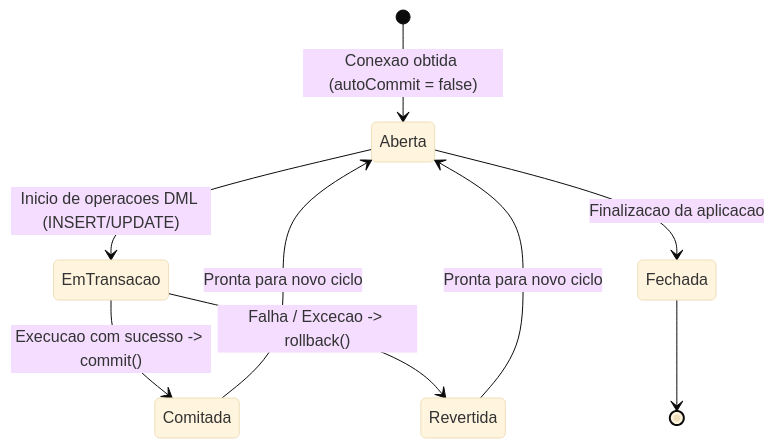
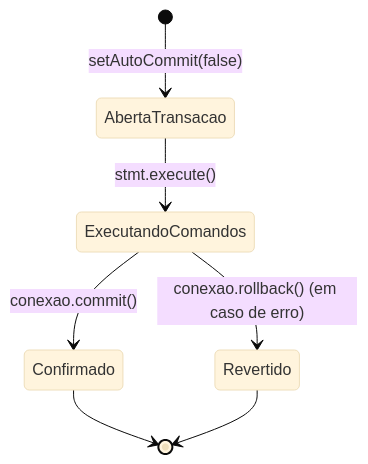
Before and after one commit to murilolol/unifef: the tenth of 18 diagrams in 3º Semestre/[Prof. Jefferson Passerini] Laboratório de Programação III/Resumos-IA/Simulados-Comentados.md, drawn with Mermaid (base theme). The commit also changed other lines of this file and 40 other files, not shown here.

````diff
--- a/3º Semestre/[Prof. Jefferson Passerini] Laboratório de Programação III/Resumos-IA/Simulados-Comentados.md
+++ b/3º Semestre/[Prof. Jefferson Passerini] Laboratório de Programação III/Resumos-IA/Simulados-Comentados.md
@@ -917,11 +478,9 @@
 ```mermaid
 stateDiagram-v2
-    [*] --> Aberta : Conexao obtida (autoCommit = false)
-    Aberta --> EmTransacao : Inicio de operacoes DML (INSERT/UPDATE)
-    EmTransacao --> Comitada : Execucao com sucesso -> commit()
-    EmTransacao --> Revertida : Falha / Excecao -> rollback()
-    Comitada --> Aberta : Pronta para novo ciclo
-    Revertida --> Aberta : Pronta para novo ciclo
-    Aberta --> Fechada : Finalizacao da aplicacao
-    Fechada --> [*]
+    [*] --> AbertaTransacao: setAutoCommit(false)
+    AbertaTransacao --> ExecutandoComandos: stmt.execute()
+    ExecutandoComandos --> Confirmado: conexao.commit()
+    ExecutandoComandos --> Revertido: conexao.rollback() (em caso de erro)
+    Confirmado --> [*]
+    Revertido --> [*]
 ```
````
